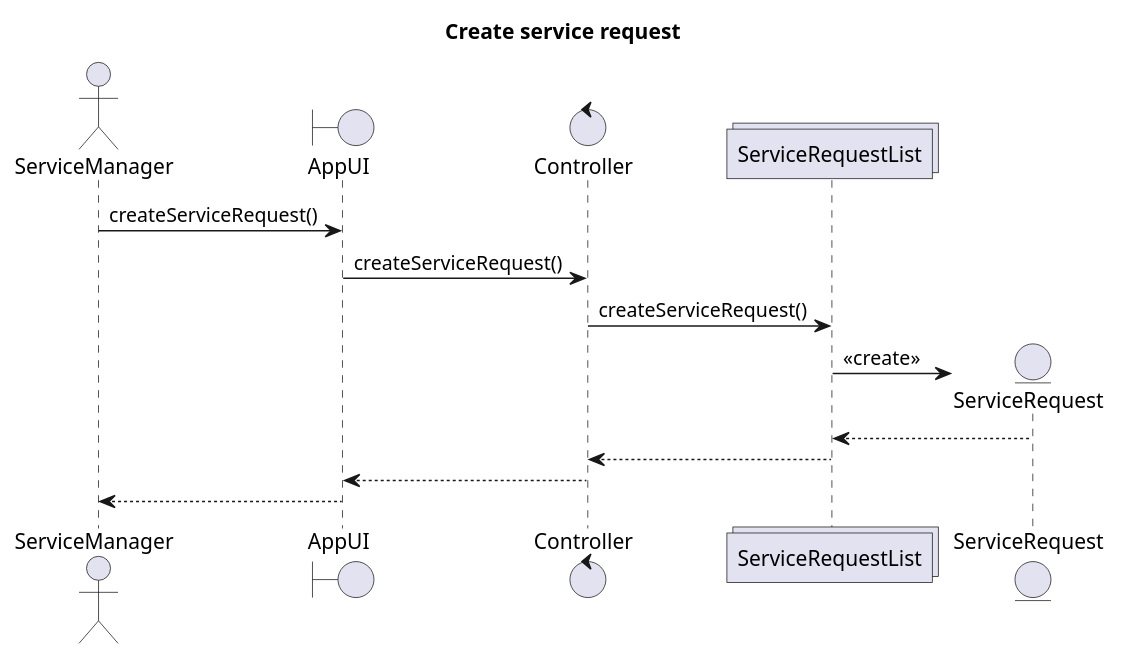
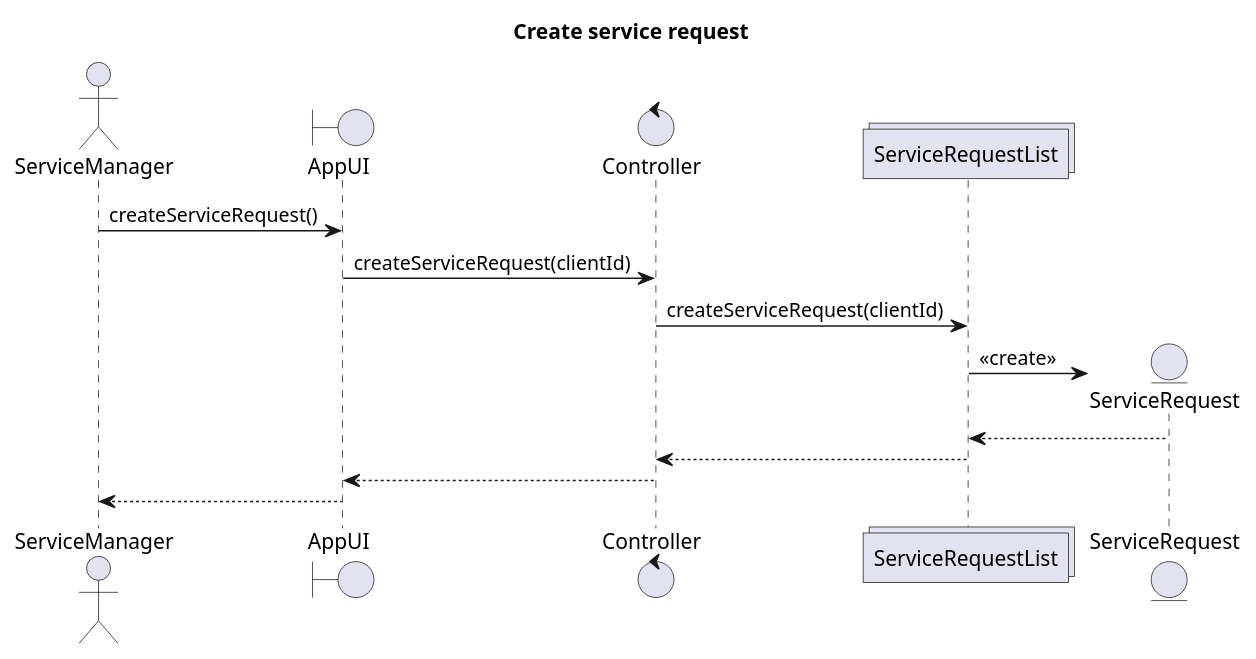
Before and after one commit to WLun001/service-request-app: the diagram in UML/SequenceDiagram/CreateServiceRequest.puml, drawn with PlantUML. The commit also changed 4 other files, not shown here.

Commit message:
Added initial sequence diagrams

```diff
--- a/UML/SequenceDiagram/CreateServiceRequest.puml
+++ b/UML/SequenceDiagram/CreateServiceRequest.puml
@@ -1,19 +1,19 @@
 @startuml
 title Create service request
 Actor ServiceManager
 Boundary AppUI
 Control Controller
 Collections ServiceRequestList
 
 ServiceManager -> AppUI: createServiceRequest()
-AppUI -> Controller: createServiceRequest()
-Controller -> ServiceRequestList: createServiceRequest()
+AppUI -> Controller: createServiceRequest(clientId)
+Controller -> ServiceRequestList: createServiceRequest(clientId)
 create entity ServiceRequest
 ServiceRequestList -> ServiceRequest: <<create >>
 
 ServiceRequest --> ServiceRequestList
 ServiceRequestList --> Controller
 Controller --> AppUI
 AppUI --> ServiceManager
 
 @enduml
```
